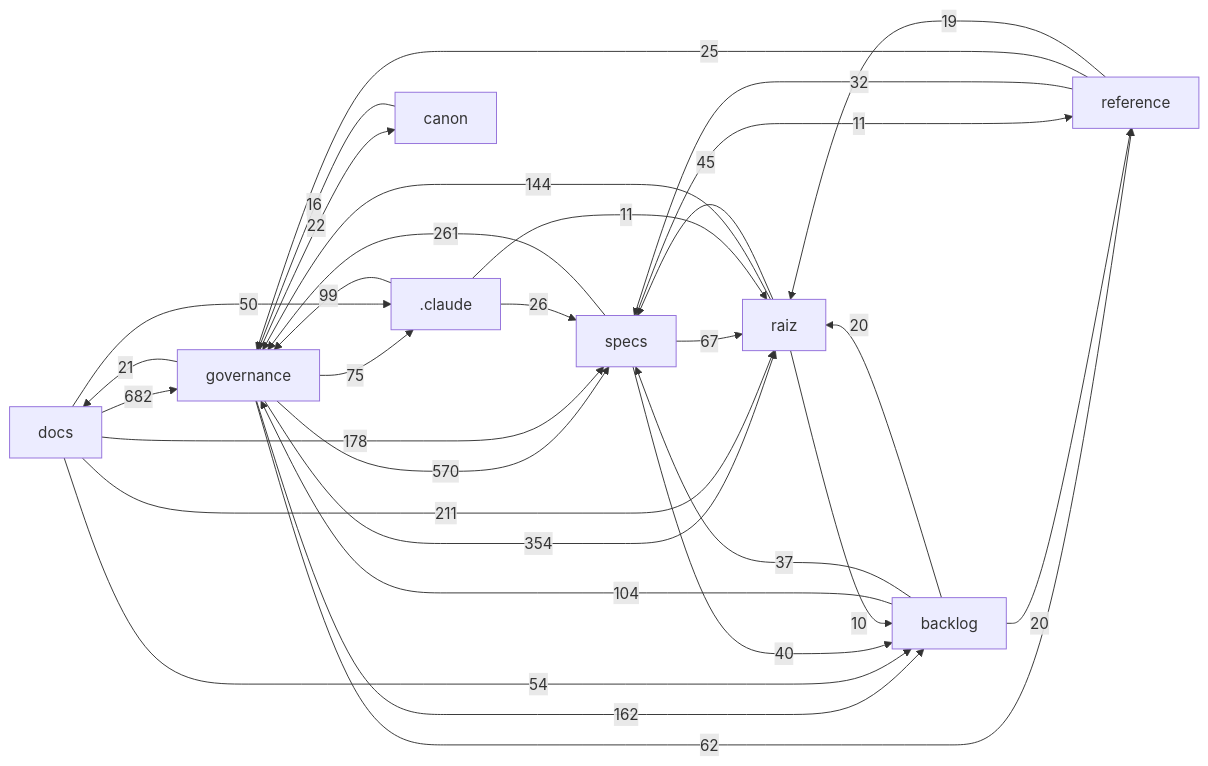
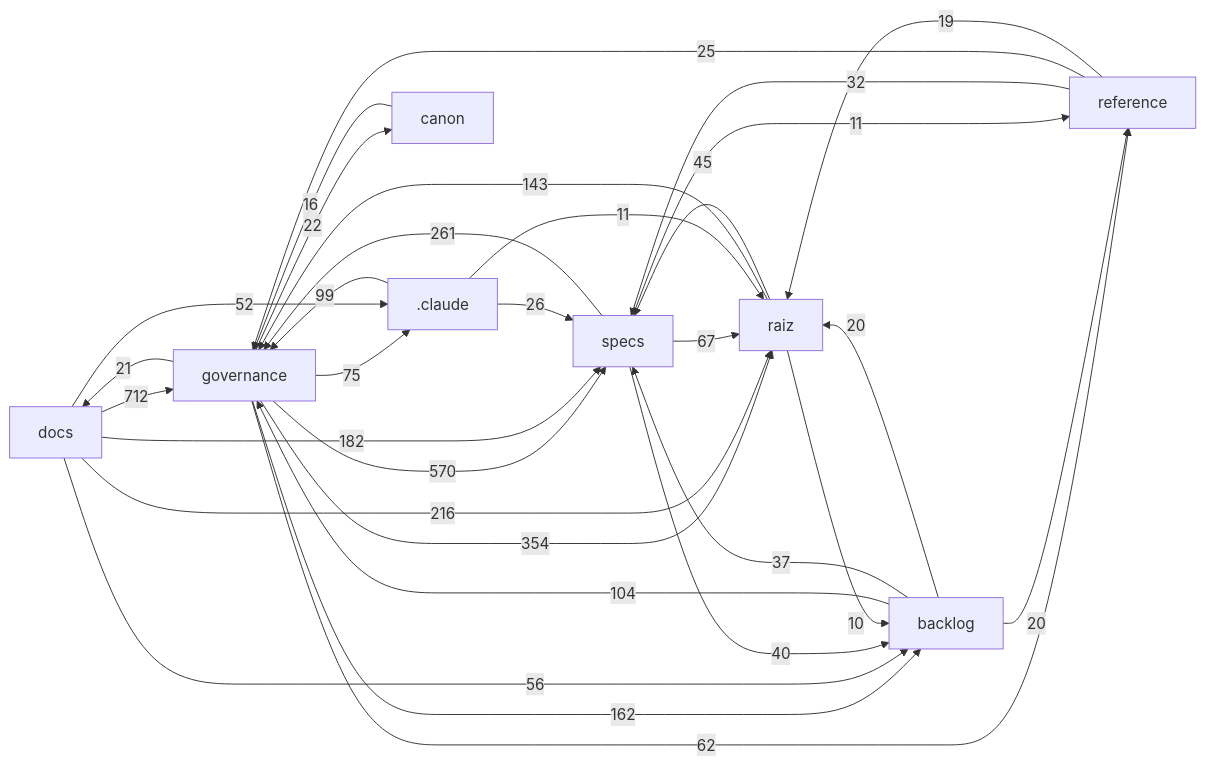
The diagram in docs/mapa/MAPA-PROJETO.md (Andraus35/Sistema-Operacional-de-Trading--SOT), drawn with Mermaid before and after one commit. The commit also changed other lines of this file and 4 other files, not shown here.

````diff
--- a/docs/mapa/MAPA-PROJETO.md
+++ b/docs/mapa/MAPA-PROJETO.md
@@ -29,33 +29,33 @@
 ```mermaid
 flowchart LR
-  docs["docs"] -->|682| governance["governance"]
+  docs["docs"] -->|712| governance["governance"]
   governance["governance"] -->|570| specs["specs"]
   governance["governance"] -->|354| raiz["raiz"]
   specs["specs"] -->|261| governance["governance"]
-  docs["docs"] -->|211| raiz["raiz"]
-  docs["docs"] -->|178| specs["specs"]
+  docs["docs"] -->|216| raiz["raiz"]
+  docs["docs"] -->|182| specs["specs"]
   governance["governance"] -->|162| backlog["backlog"]
-  raiz["raiz"] -->|144| governance["governance"]
+  raiz["raiz"] -->|143| governance["governance"]
   backlog["backlog"] -->|104| governance["governance"]
   _claude[".claude"] -->|99| governance["governance"]
   governance["governance"] -->|75| _claude[".claude"]
   specs["specs"] -->|67| raiz["raiz"]
   governance["governance"] -->|62| reference["reference"]
-  docs["docs"] -->|54| backlog["backlog"]
-  docs["docs"] -->|50| _claude[".claude"]
+  docs["docs"] -->|56| backlog["backlog"]
+  docs["docs"] -->|52| _claude[".claude"]
   raiz["raiz"] -->|45| specs["specs"]
   specs["specs"] -->|40| backlog["backlog"]
   backlog["backlog"] -->|37| specs["specs"]
   reference["reference"] -->|32| specs["specs"]
   _claude[".claude"] -->|26| specs["specs"]
   reference["reference"] -->|25| governance["governance"]
   governance["governance"] -->|22| canon["canon"]
   governance["governance"] -->|21| docs["docs"]
   backlog["backlog"] -->|20| raiz["raiz"]
   backlog["backlog"] -->|20| reference["reference"]
   reference["reference"] -->|19| raiz["raiz"]
   canon["canon"] -->|16| governance["governance"]
   _claude[".claude"] -->|11| raiz["raiz"]
   specs["specs"] -->|11| reference["reference"]
   raiz["raiz"] -->|10| backlog["backlog"]
 ```
````
